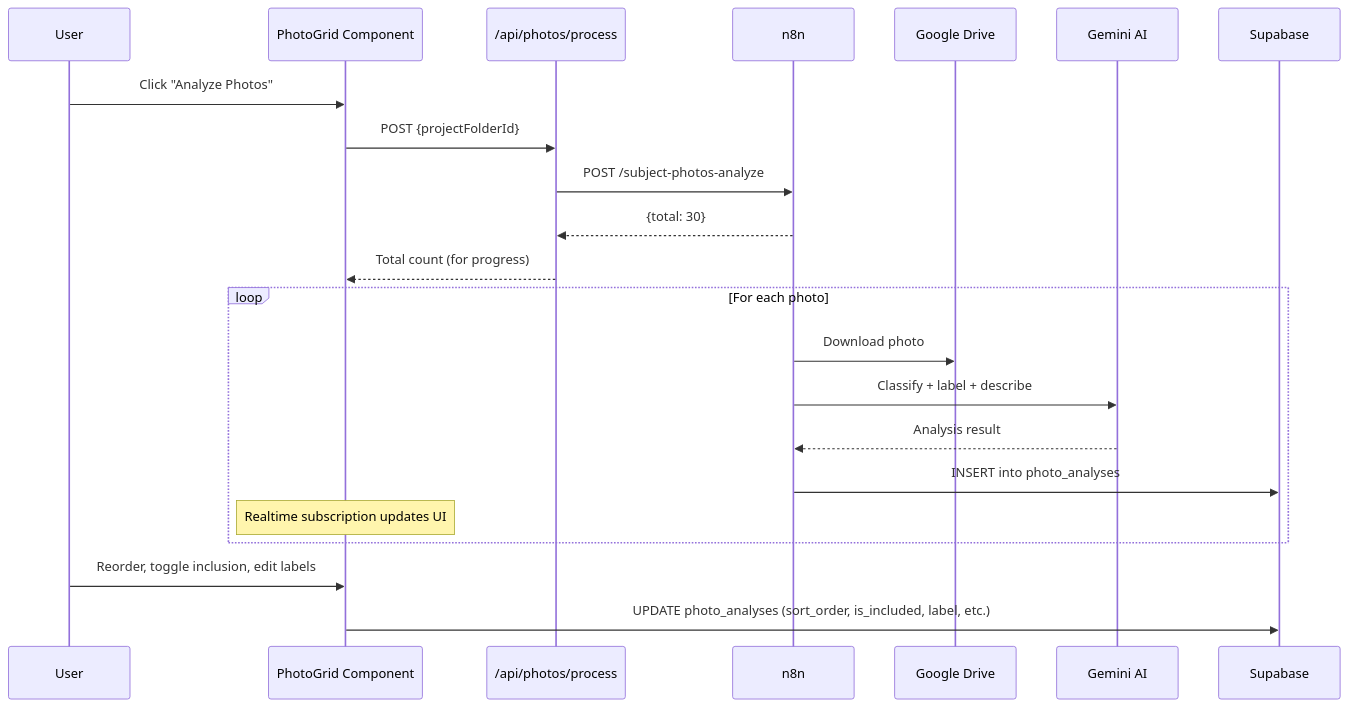
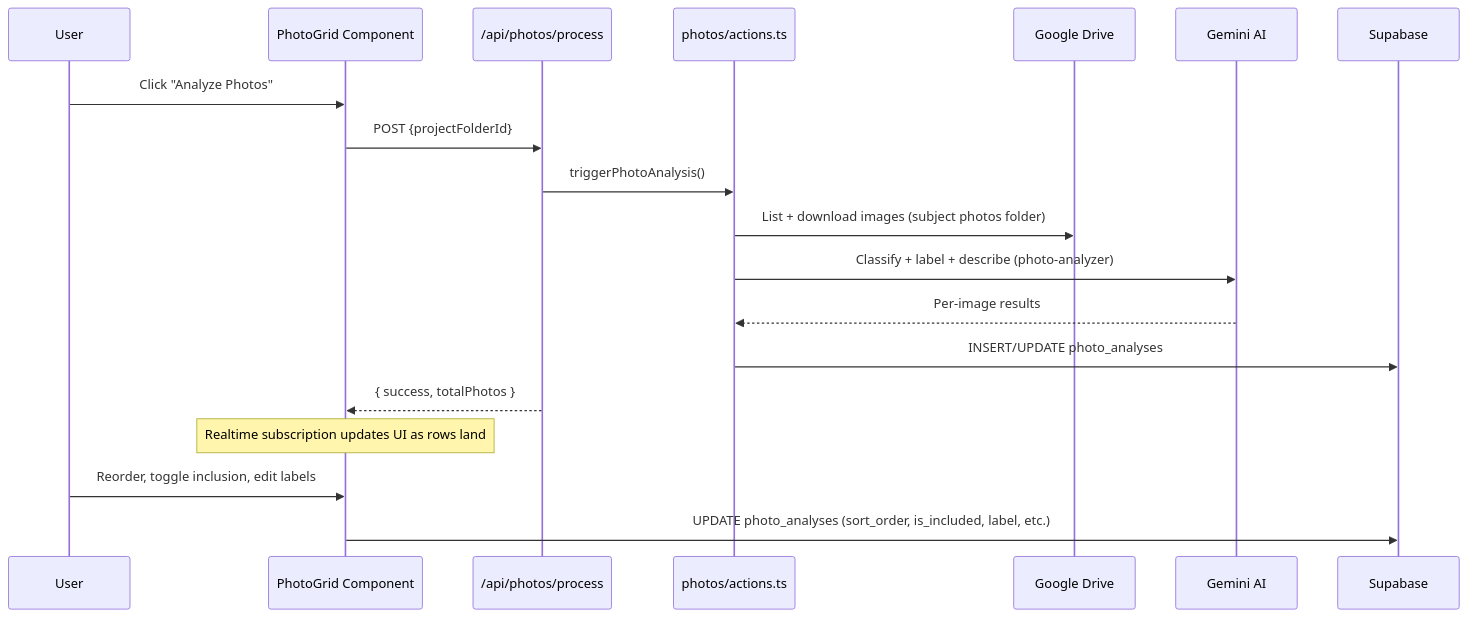
The third of 7 diagrams in docs/product/data-flow.md (dougiefresh49/appraisal-comps-map), drawn with Mermaid before and after one commit. The commit also changed other lines of this file and 33 other files, not shown here.

````diff
--- a/docs/product/data-flow.md
+++ b/docs/product/data-flow.md
@@ -113,27 +113,24 @@
 ```mermaid
 sequenceDiagram
     participant User
     participant PhotoGrid as PhotoGrid Component
     participant API as /api/photos/process
-    participant N8N as n8n
+    participant Actions as photos/actions.ts
     participant GDrive as Google Drive
     participant Gemini as Gemini AI
     participant Supabase
 
     User->>PhotoGrid: Click "Analyze Photos"
     PhotoGrid->>API: POST {projectFolderId}
-    API->>N8N: POST /subject-photos-analyze
-    N8N-->>API: {total: 30}
-    API-->>PhotoGrid: Total count (for progress)
+    API->>Actions: triggerPhotoAnalysis()
+    Actions->>GDrive: List + download images (subject photos folder)
+    Actions->>Gemini: Classify + label + describe (photo-analyzer)
+    Gemini-->>Actions: Per-image results
+    Actions->>Supabase: INSERT/UPDATE photo_analyses
+    API-->>PhotoGrid: { success, totalPhotos }
 
-    loop For each photo
-        N8N->>GDrive: Download photo
-        N8N->>Gemini: Classify + label + describe
-        Gemini-->>N8N: Analysis result
-        N8N->>Supabase: INSERT into photo_analyses
-        Note over PhotoGrid: Realtime subscription updates UI
-    end
+    Note over PhotoGrid: Realtime subscription updates UI as rows land
 
     User->>PhotoGrid: Reorder, toggle inclusion, edit labels
     PhotoGrid->>Supabase: UPDATE photo_analyses (sort_order, is_included, label, etc.)
 ```
````
